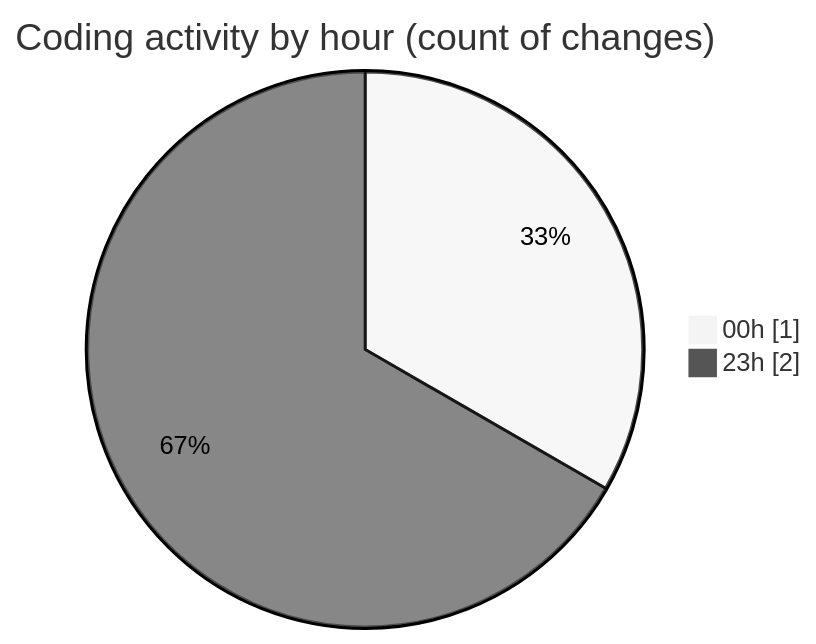
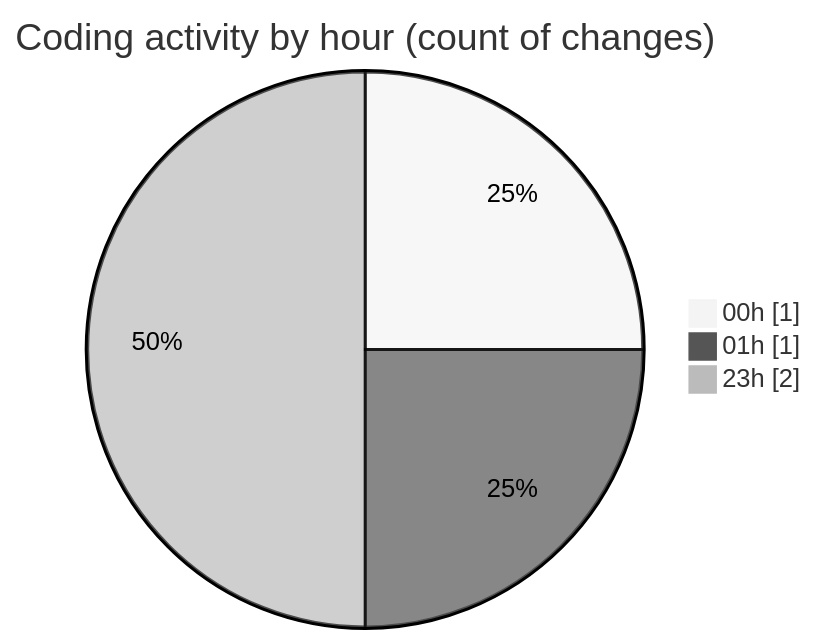
The second of 2 diagrams in 2025-02-19/masm/README.md (charlie-sans/code-tracking), drawn with Mermaid (neutral theme) before and after one commit. The commit also changed other lines of this file and 1 other file, not shown here.

````diff
--- a/2025-02-19/masm/README.md
+++ b/2025-02-19/masm/README.md
@@ -29,6 +29,7 @@
 ```mermaid
 pie showData
 title Coding activity by hour (count of changes)
 "00h" : 1
+"01h" : 1
 "23h" : 2
 ```
````
